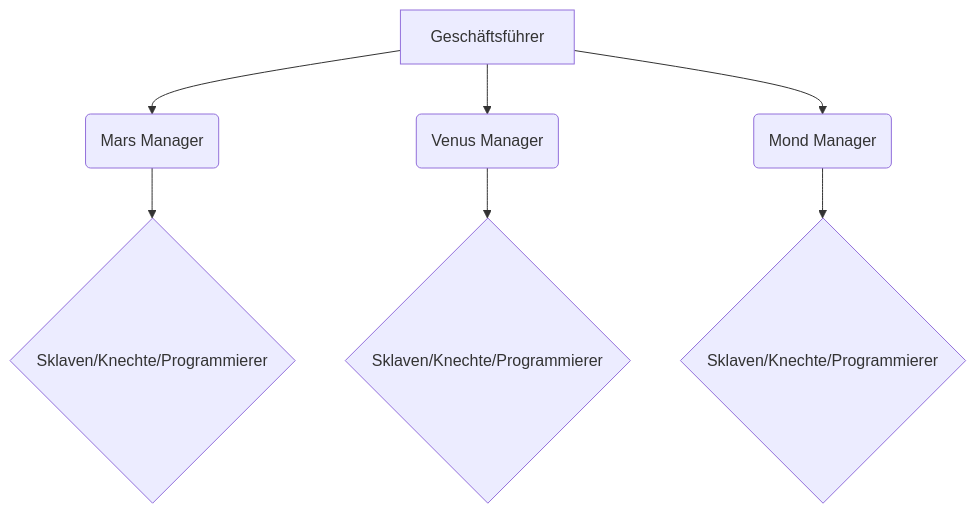
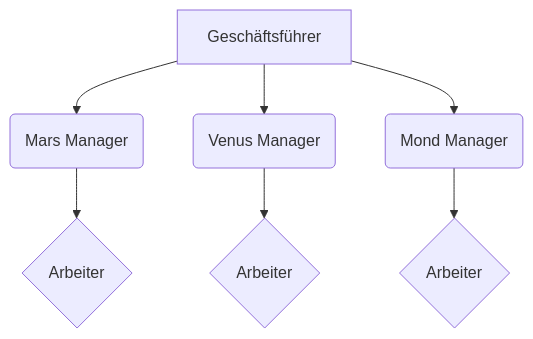
Before and after one commit to Team6IT26A/LF4: the diagram in Geltungsbereich.md, drawn with Mermaid.

````diff
--- a/Geltungsbereich.md
+++ b/Geltungsbereich.md
@@ -4,13 +4,13 @@
 ```mermaid
 graph TB
     A[Geschäftsführer]
     A --> B(Mars Manager)
     A --> C(Venus Manager)
     A --> D(Mond Manager)
-    E{Sklaven/Knechte/Programmierer}
-    F{Sklaven/Knechte/Programmierer}
-    G{Sklaven/Knechte/Programmierer}
+    E{"Arbeiter"}
+    F{"Arbeiter"}
+    G{"Arbeiter"}
     B --> E
     C --> F
     D --> G
 ```
````
